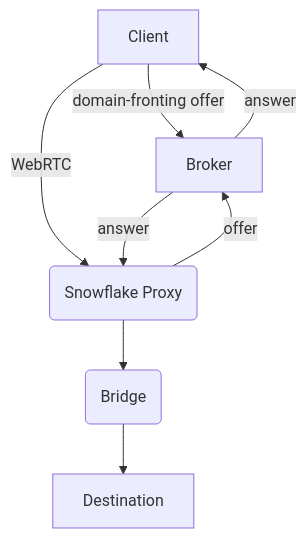
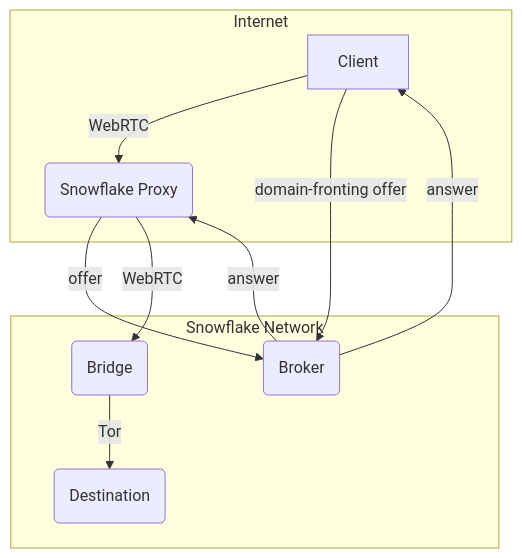
Before and after one commit to Tanvir1337x/Tanvir1337x.github.io: the diagram in readme.md, drawn with Mermaid.

Commit message:
improve snowflake architecture diagram

````diff
--- a/readme.md
+++ b/readme.md
@@ -9,8 +9,16 @@
 ```mermaid
 graph TD
-    Client[Client] -- domain-fronting offer --> Broker[Broker] -- answer --> Client
-    Client -- WebRTC --> Snowflake(Snowflake Proxy)
-    Broker -- answer --> Snowflake
-    Snowflake -- offer --> Broker
-    Snowflake --> Bridge(Bridge) --> Destination
+    subgraph Internet
+        Client[Client] -- WebRTC --> Snowflake(Snowflake Proxy)
+    end
+
+    subgraph Snowflake Network
+        Snowflake -- offer --> Broker(Broker)
+        Broker -- answer --> Snowflake
+        Snowflake -- WebRTC --> Bridge(Bridge)
+        Bridge -- Tor --> Destination(Destination)
+    end
+
+    Client -- domain-fronting offer --> Broker
+    Broker -- answer --> Client
 ```
````
